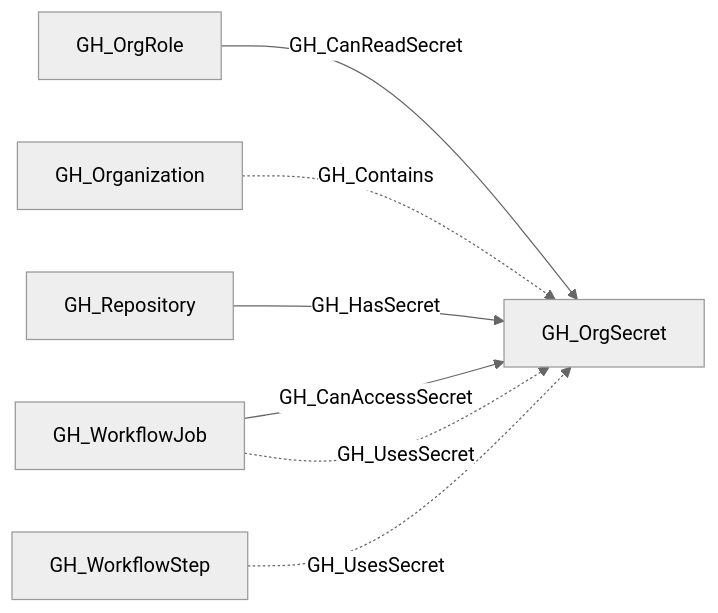
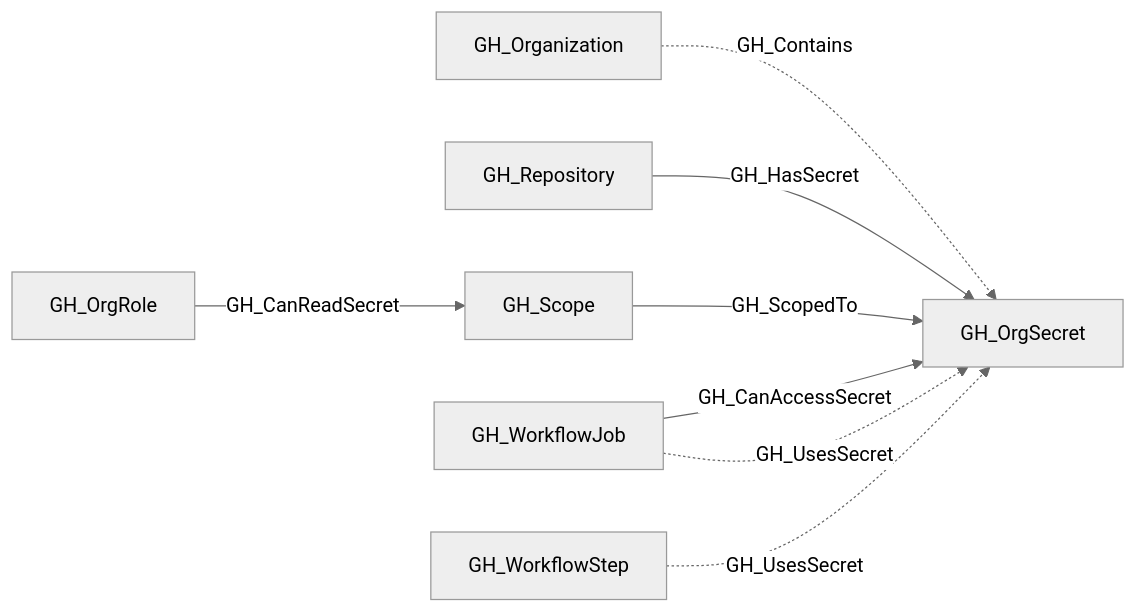
One commit to SpecterOps/openhound-github changed the diagram in descriptions/nodes/GH_OrgSecret.md. Above: the diagram before and after it, drawn with Mermaid (neutral theme). The commit also changed other lines of this file and 44 other files, not shown here.

````diff
--- a/descriptions/nodes/GH_OrgSecret.md
+++ b/descriptions/nodes/GH_OrgSecret.md
@@ -25,15 +25,17 @@
 ```mermaid
 graph LR
     n0["GH_OrgRole"]
     n1["GH_OrgSecret"]
     n2["GH_Organization"]
     n3["GH_Repository"]
-    n4["GH_WorkflowJob"]
-    n5["GH_WorkflowStep"]
-    n0 -->|GH_CanReadSecret| n1
+    n4["GH_Scope"]
+    n5["GH_WorkflowJob"]
+    n6["GH_WorkflowStep"]
     n2 -.->|GH_Contains| n1
     n3 -->|GH_HasSecret| n1
-    n4 -->|GH_CanAccessSecret| n1
-    n4 -.->|GH_UsesSecret| n1
+    n0 -->|GH_CanReadSecret| n4
+    n4 -->|GH_ScopedTo| n1
+    n5 -->|GH_CanAccessSecret| n1
     n5 -.->|GH_UsesSecret| n1
+    n6 -.->|GH_UsesSecret| n1
 ```
````
